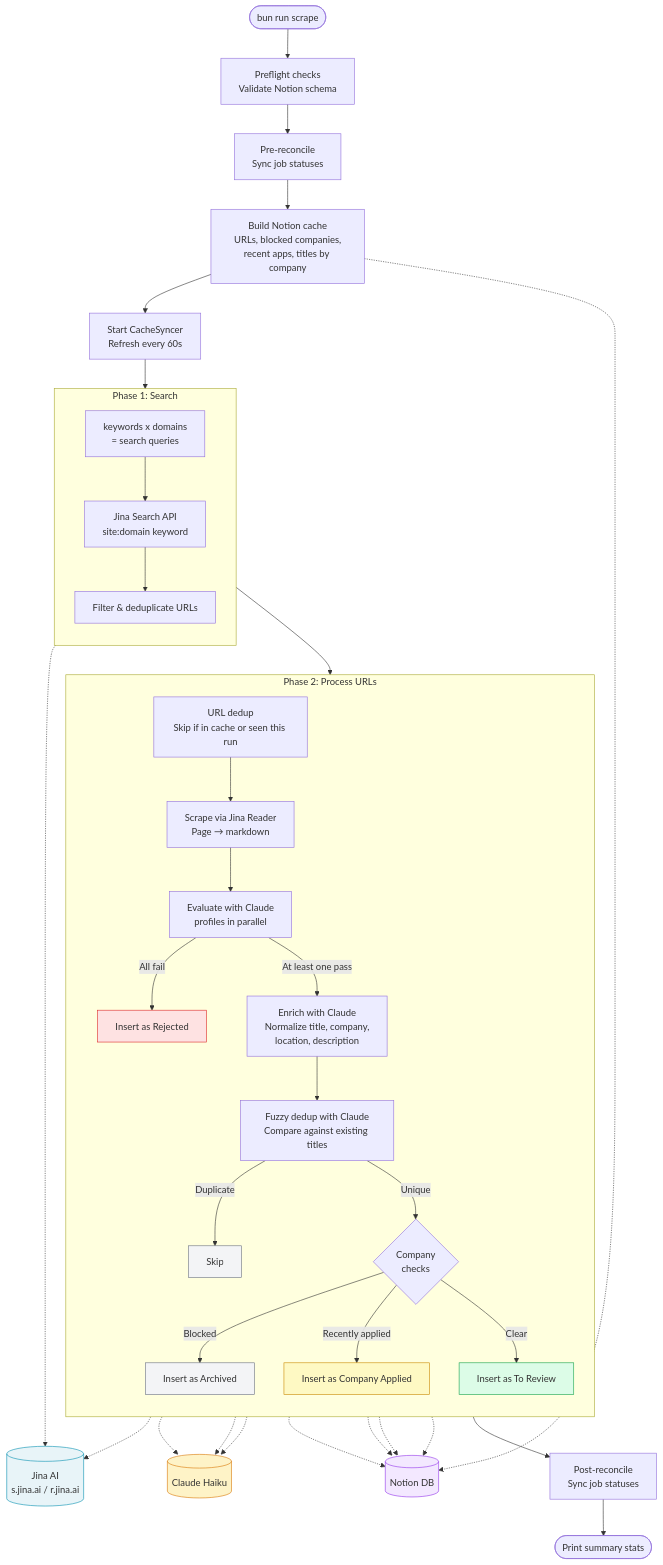
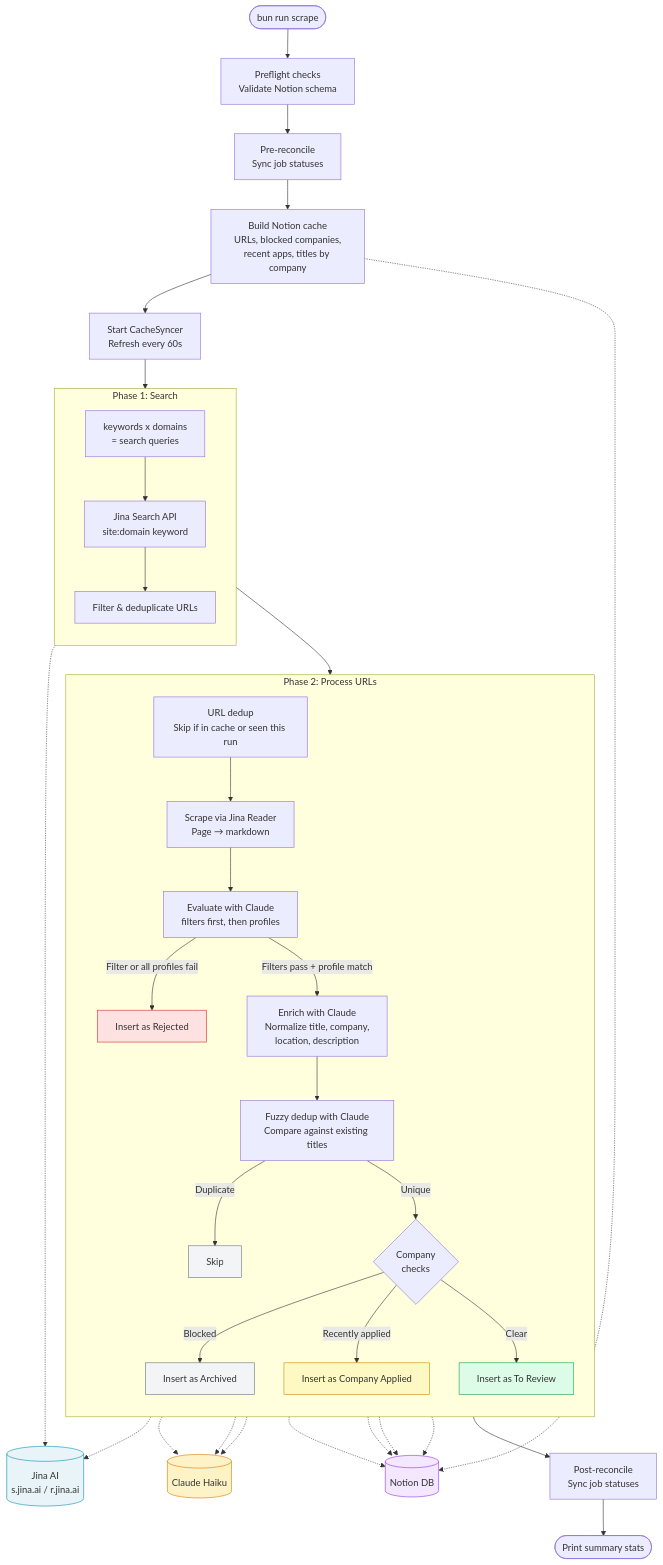
Before and after one commit to mauricedesaxe/job-finder: the diagram in README.md, drawn with Mermaid. The commit also changed other lines of this file and 7 other files, not shown here.

First line of the commit message:
feat: add AND eval filters before OR profile matching (#12)

````diff
--- a/README.md
+++ b/README.md
@@ -93,56 +106,56 @@
 ```mermaid
 flowchart TD
     Start([bun run scrape]) --> Preflight[Preflight checks\nValidate Notion schema]
     Preflight --> PreReconcile[Pre-reconcile\nSync job statuses]
     PreReconcile --> Cache[Build Notion cache\nURLs, blocked companies,\nrecent apps, titles by company]
     Cache --> Syncer[Start CacheSyncer\nRefresh every 60s]
 
     Syncer --> Search
 
     subgraph Search [Phase 1: Search]
         direction TB
         Keywords[keywords x domains\n= search queries] --> JinaSearch
         JinaSearch[Jina Search API\nsite:domain keyword]
         JinaSearch --> Dedup1[Filter & deduplicate URLs]
     end
 
     Search --> Process
 
     subgraph Process [Phase 2: Process URLs]
         direction TB
         P1[URL dedup\nSkip if in cache or seen this run]
         P1 --> P2[Scrape via Jina Reader\nPage → markdown]
-        P2 --> P3[Evaluate with Claude\nprofiles in parallel]
-        P3 -->|All fail| Rejected[Insert as Rejected]
-        P3 -->|At least one pass| P4[Enrich with Claude\nNormalize title, company,\nlocation, description]
+        P2 --> P3[Evaluate with Claude\nfilters first, then profiles]
+        P3 -->|Filter or all profiles fail| Rejected[Insert as Rejected]
+        P3 -->|Filters pass + profile match| P4[Enrich with Claude\nNormalize title, company,\nlocation, description]
         P4 --> P5[Fuzzy dedup with Claude\nCompare against existing titles]
         P5 -->|Duplicate| Skip1[Skip]
         P5 -->|Unique| P6{Company\nchecks}
         P6 -->|Blocked| Archive[Insert as Archived]
         P6 -->|Recently applied| CompApp[Insert as Company Applied]
         P6 -->|Clear| Insert[Insert as To Review]
     end
 
     Process --> PostReconcile[Post-reconcile\nSync job statuses]
     PostReconcile --> Summary([Print summary stats])
 
     JinaSearch -.-> Jina[(Jina AI\ns.jina.ai / r.jina.ai)]
     P2 -.-> Jina
     P3 -.-> Claude[(Claude Haiku)]
     P4 -.-> Claude
     P5 -.-> Claude
     Insert -.-> Notion[(Notion DB)]
     Rejected -.-> Notion
     Archive -.-> Notion
     CompApp -.-> Notion
     Cache -.-> Notion
 
     style Jina fill:#e8f4f8,stroke:#0891b2
     style Claude fill:#fef3c7,stroke:#d97706
     style Notion fill:#f3e8ff,stroke:#9333ea
     style Rejected fill:#fee2e2,stroke:#dc2626
     style Skip1 fill:#f3f4f6,stroke:#6b7280
     style Archive fill:#f3f4f6,stroke:#6b7280
     style Insert fill:#dcfce7,stroke:#16a34a
     style CompApp fill:#fef9c3,stroke:#ca8a04
 ```
````
